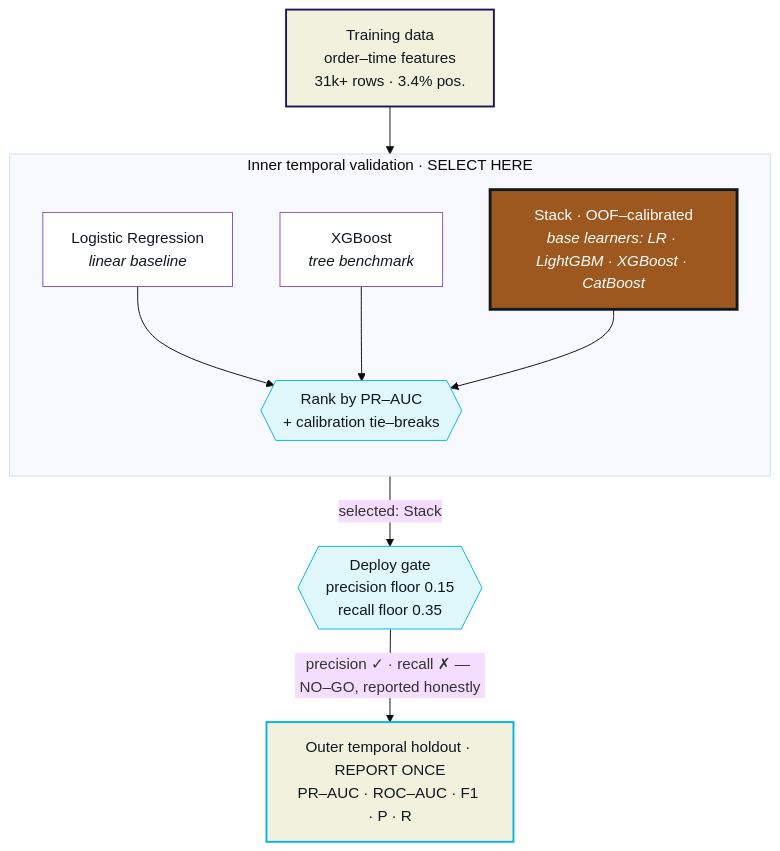
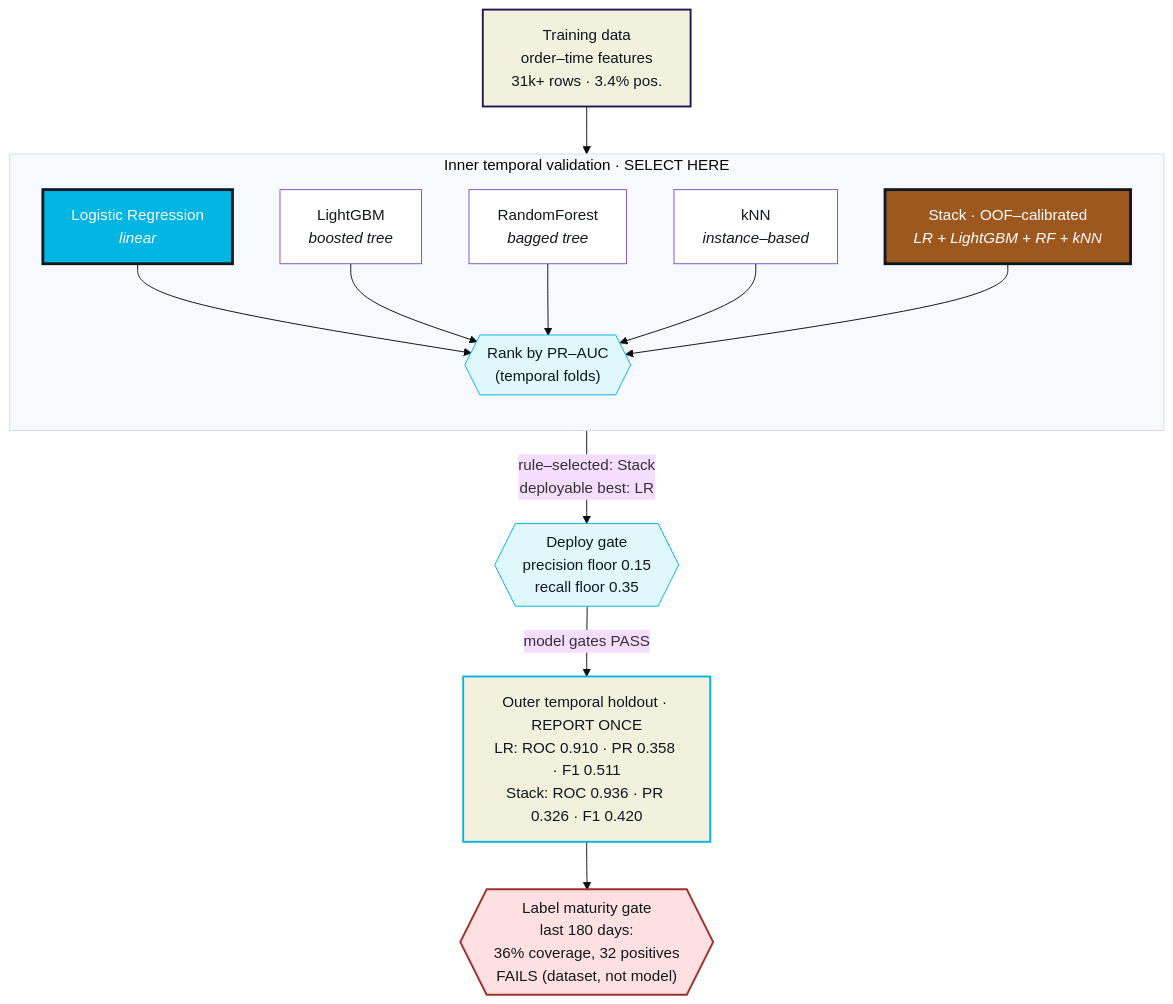
The diagram in poster/diagrams/02_validation_and_models.mmd (cruzaddy91/DATA-470_DSCapstone), drawn with Mermaid before and after one commit. The commit also changed 6 other files, not shown here.

```diff
--- a/poster/diagrams/02_validation_and_models.mmd
+++ b/poster/diagrams/02_validation_and_models.mmd
@@ -1,37 +1,48 @@
 %% Capstone poster — panel 2 (Westminster brand)
-%% Honest selection-process flow: Train → Inner temporal val (SELECT) → Deploy gate (reported honestly) → Outer holdout (REPORT ONCE)
+%% Honest selection-process flow: Inner temporal CV selects Stack by rule;
+%% outer temporal holdout shows Logistic Regression is the deployable best.
 %%{init: {'theme': 'base', 'flowchart': {'htmlLabels': true}}}%%
 
 flowchart TB
   DATA["Training data<br/>order–time features<br/>31k+ rows · 3.4% pos."]
 
   subgraph INNER["Inner temporal validation · SELECT HERE"]
     direction TB
-    LR["Logistic Regression<br/><i>linear baseline</i>"]
-    XGB["XGBoost<br/><i>tree benchmark</i>"]
-    STACK["Stack · OOF–calibrated<br/><i>base learners: LR · LightGBM · XGBoost · CatBoost</i>"]
-    RANK{{"Rank by PR–AUC<br/>+ calibration tie–breaks"}}
+    LR["Logistic Regression<br/><i>linear</i>"]
+    LGBM["LightGBM<br/><i>boosted tree</i>"]
+    RF["RandomForest<br/><i>bagged tree</i>"]
+    KNN["kNN<br/><i>instance–based</i>"]
+    STACK["Stack · OOF–calibrated<br/><i>LR + LightGBM + RF + kNN</i>"]
+    RANK{{"Rank by PR–AUC<br/>(temporal folds)"}}
     LR --> RANK
-    XGB --> RANK
+    LGBM --> RANK
+    RF --> RANK
+    KNN --> RANK
     STACK --> RANK
   end
 
   GATE{{"Deploy gate<br/>precision floor 0.15<br/>recall floor 0.35"}}
-  HOLDOUT["Outer temporal holdout · REPORT ONCE<br/>PR–AUC · ROC–AUC · F1 · P · R"]
+  HOLDOUT["Outer temporal holdout · REPORT ONCE<br/>LR: ROC 0.910 · PR 0.358 · F1 0.511<br/>Stack: ROC 0.936 · PR 0.326 · F1 0.420"]
+  MATURITY{{"Label maturity gate<br/>last 180 days:<br/>36% coverage, 32 positives<br/>FAILS (dataset, not model)"}}
 
   DATA --> INNER
-  RANK -->|"selected: Stack"| GATE
-  GATE -->|"precision ✓ · recall ✗ — NO–GO, reported honestly"| HOLDOUT
+  RANK -->|"rule–selected: Stack<br/>deployable best: LR"| GATE
+  GATE -->|"model gates PASS"| HOLDOUT
+  HOLDOUT --> MATURITY
 
   %% Westminster brand: Night #211551, Copper #9D581F, Thistle #8252C7, Sky #00B5E2, Birch #F1F1DE, Flint #101820, Snow #FFFFFF
   classDef src fill:#F1F1DE,stroke:#211551,color:#101820,stroke-width:2px
   classDef cand fill:#FFFFFF,stroke:#8252C7,color:#101820
   classDef winner fill:#9D581F,stroke:#101820,color:#FFFFFF,stroke-width:3px
+  classDef deployable fill:#00B5E2,stroke:#101820,color:#FFFFFF,stroke-width:3px
   classDef decision fill:#E0F7FC,stroke:#00B5E2,color:#101820
   classDef report fill:#F1F1DE,stroke:#00B5E2,color:#101820,stroke-width:2px
+  classDef block fill:#FFE0E0,stroke:#A03030,color:#101820,stroke-width:2px
 
   class DATA src
-  class LR,XGB cand
+  class LGBM,RF,KNN cand
   class STACK winner
+  class LR deployable
   class RANK,GATE decision
   class HOLDOUT report
+  class MATURITY block
```
